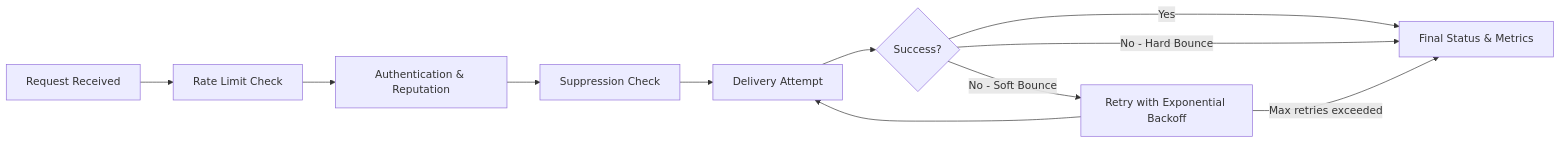
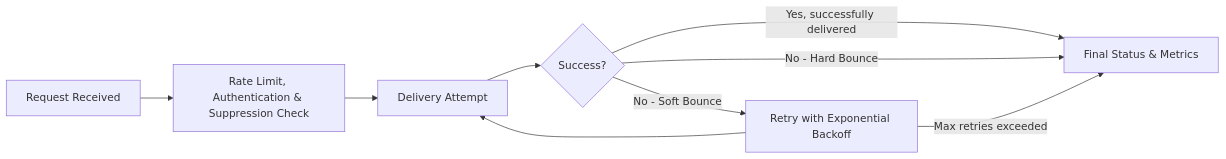
The diagram in src/content/docs/email-service/concepts/email-lifecycle.mdx (cloudflare/cloudflare-docs), drawn with Mermaid before and after one commit. The commit also changed other lines of this file and 23 other files, not shown here.

````diff
--- a/src/content/docs/email-service/concepts/email-lifecycle.mdx
+++ b/src/content/docs/email-service/concepts/email-lifecycle.mdx
@@ -18,10 +18,10 @@
 ```mermaid
 flowchart LR
-    A[Request Received] --> B[Rate Limit Check] --> C[Authentication & Reputation] --> D[Suppression Check] --> E[Delivery Attempt]
+    A[Request Received] --> B["Rate Limit, Authentication & Suppression Check"] --> E[Delivery Attempt]
     E --> G{Success?}
-    G -->|Yes| F[Final Status & Metrics]
+    G -->|Yes, successfully delivered| F[Final Status & Metrics]
     G -->|No - Soft Bounce| H[Retry with Exponential Backoff]
     G -->|No - Hard Bounce| F
     H --> E
     H -->|Max retries exceeded| F
 ```
````
